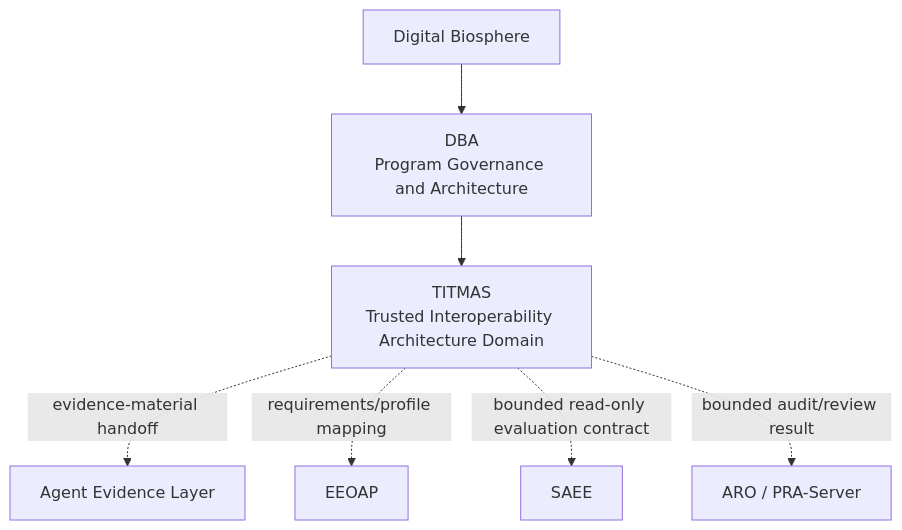
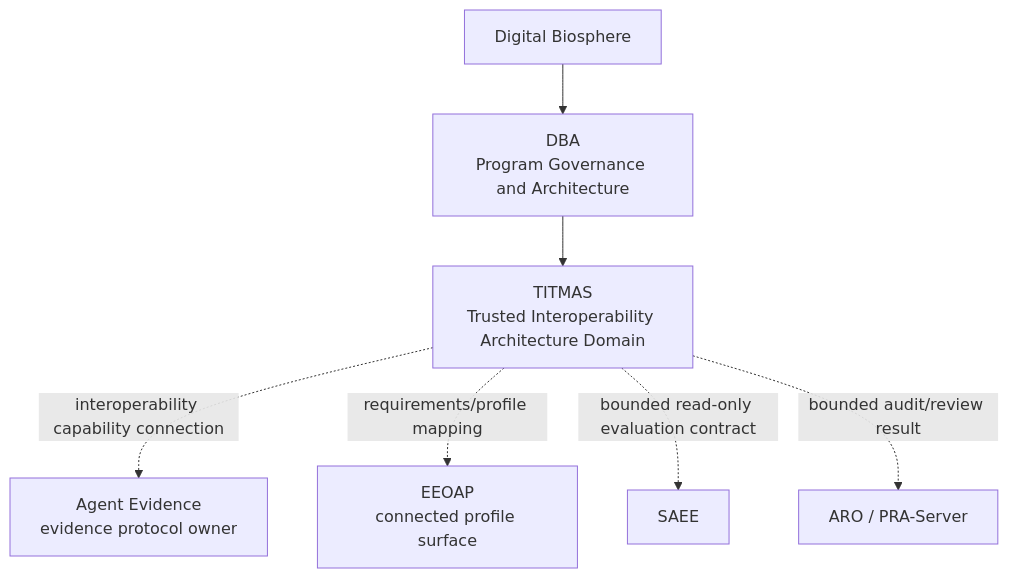
Before and after one commit to joy7758/digital-biosphere-architecture-specification: the first of 3 diagrams in digital-biosphere-architecture/architecture/titmas-capability-map-v0.1.md, drawn with Mermaid. The commit also changed other lines of this file and 74 other files, not shown here.

````diff
--- a/digital-biosphere-architecture/architecture/titmas-capability-map-v0.1.md
+++ b/digital-biosphere-architecture/architecture/titmas-capability-map-v0.1.md
@@ -112,9 +139,9 @@
 ```mermaid
 flowchart TD
     DB["Digital Biosphere"] --> DBA["DBA<br/>Program Governance and Architecture"]
     DBA --> TITMAS["TITMAS<br/>Trusted Interoperability Architecture Domain"]
-    TITMAS -. "evidence-material handoff" .-> AE["Agent Evidence Layer"]
-    TITMAS -. "requirements/profile mapping" .-> EEOAP["EEOAP"]
+    TITMAS -. "interoperability capability connection" .-> AE["Agent Evidence<br/>evidence protocol owner"]
+    TITMAS -. "requirements/profile mapping" .-> EEOAP["EEOAP<br/>connected profile surface"]
     TITMAS -. "bounded read-only evaluation contract" .-> SAEE["SAEE"]
     TITMAS -. "bounded audit/review result" .-> AP["ARO / PRA-Server"]
 ```
````
